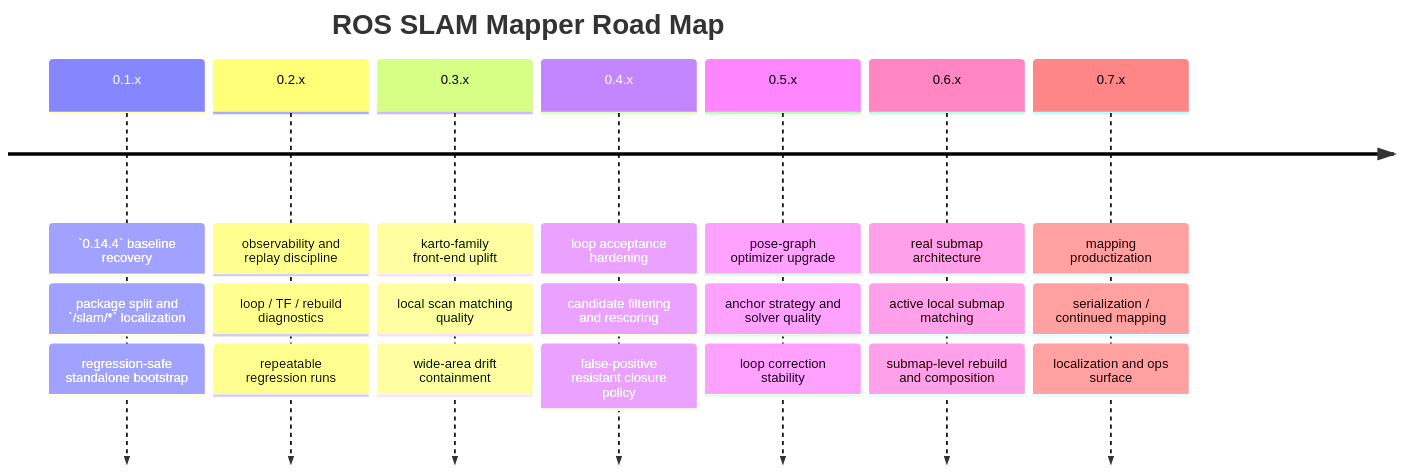
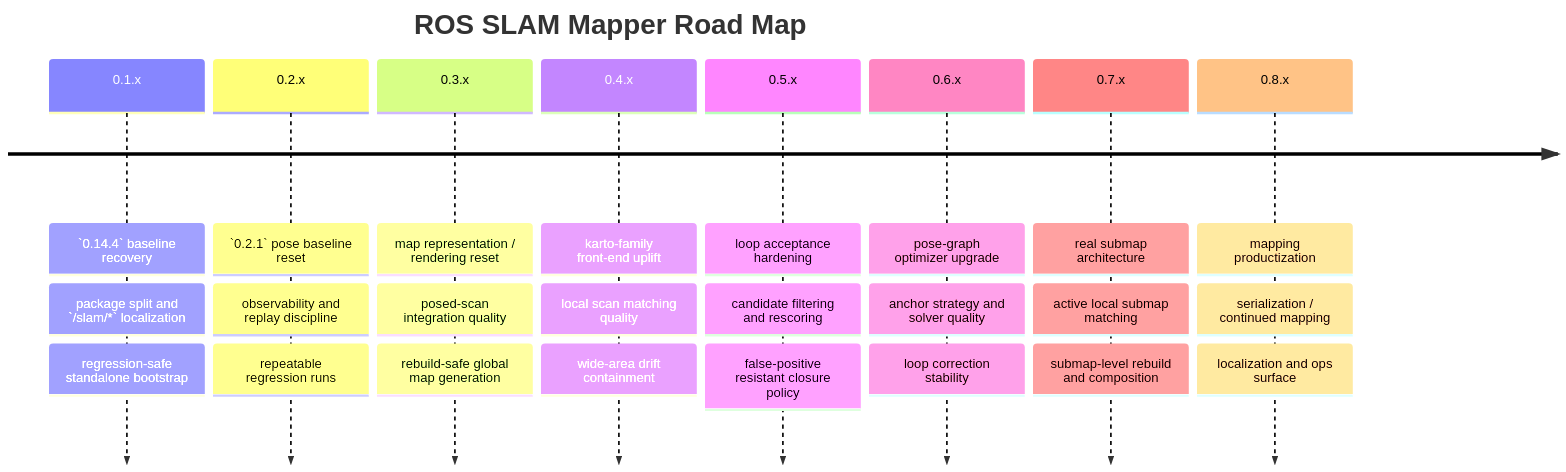
Before and after one commit to reidlo5135/ros-slam-mapper: the first of 2 diagrams in TODO.md, drawn with Mermaid. The commit also changed other lines of this file and 4 other files, not shown here.

Commit message:
docs: reset 0.2.3 to 0.2.1 baseline

````diff
--- a/TODO.md
+++ b/TODO.md
@@ -3,25 +3,28 @@
 ```mermaid
 timeline
     title ROS SLAM Mapper Road Map
     0.1.x : `0.14.4` baseline recovery
           : package split and `/slam/*` localization
           : regression-safe standalone bootstrap
-    0.2.x : observability and replay discipline
-          : loop / TF / rebuild diagnostics
+    0.2.x : `0.2.1` pose baseline reset
+          : observability and replay discipline
           : repeatable regression runs
-    0.3.x : karto-family front-end uplift
+    0.3.x : map representation / rendering reset
+          : posed-scan integration quality
+          : rebuild-safe global map generation
+    0.4.x : karto-family front-end uplift
           : local scan matching quality
           : wide-area drift containment
-    0.4.x : loop acceptance hardening
+    0.5.x : loop acceptance hardening
           : candidate filtering and rescoring
           : false-positive resistant closure policy
-    0.5.x : pose-graph optimizer upgrade
+    0.6.x : pose-graph optimizer upgrade
           : anchor strategy and solver quality
           : loop correction stability
-    0.6.x : real submap architecture
+    0.7.x : real submap architecture
           : active local submap matching
           : submap-level rebuild and composition
-    0.7.x : mapping productization
+    0.8.x : mapping productization
           : serialization / continued mapping
           : localization and ops surface
 ```
````
